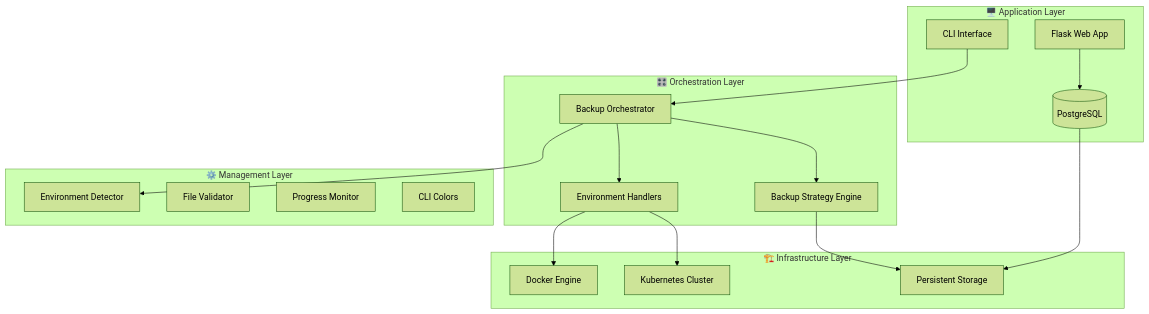
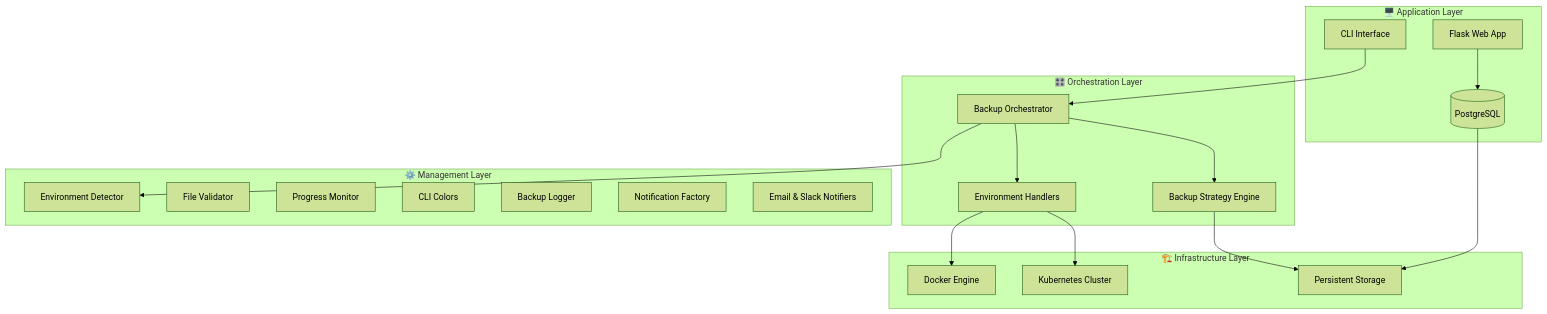
One commit to AlesxanDer1102/Practica-calificada4-Grupo5 changed the first of 2 diagrams in README.md. Above: the diagram before and after it, drawn with Mermaid (forest theme). The commit also changed other lines of this file and 2 other files, not shown here.

Commit message:
docs(scheduling): document automated backup scheduling and notification system

````diff
--- a/README.md
+++ b/README.md
@@ -60,39 +63,42 @@
 ```mermaid
 graph TB
     subgraph "🏗️ Infrastructure Layer"
         Docker[Docker Engine]
         K8s[Kubernetes Cluster]
         Storage[Persistent Storage]
     end
     
     subgraph "🖥️ Application Layer"
         WebApp[Flask Web App]
         CLI[CLI Interface]
         Database[(PostgreSQL)]
     end
     
     subgraph "🎛️ Orchestration Layer"
         Orchestrator[Backup Orchestrator]
         Strategy[Backup Strategy Engine]
         Handlers[Environment Handlers]
     end
     
     subgraph "⚙️ Management Layer"
         Detector[Environment Detector]
         Validator[File Validator]
         Progress[Progress Monitor]
         Colors[CLI Colors]
+        Logger[Backup Logger]
+        Factory[Notification Factory]
+        Notifiers[Email & Slack Notifiers]
     end
     
     CLI --> Orchestrator
     WebApp --> Database
     Orchestrator --> Strategy
     Orchestrator --> Handlers
     Orchestrator --> Detector
     
     Handlers --> Docker
     Handlers --> K8s
     
     Strategy --> Storage
     Database --> Storage
 ```
````
